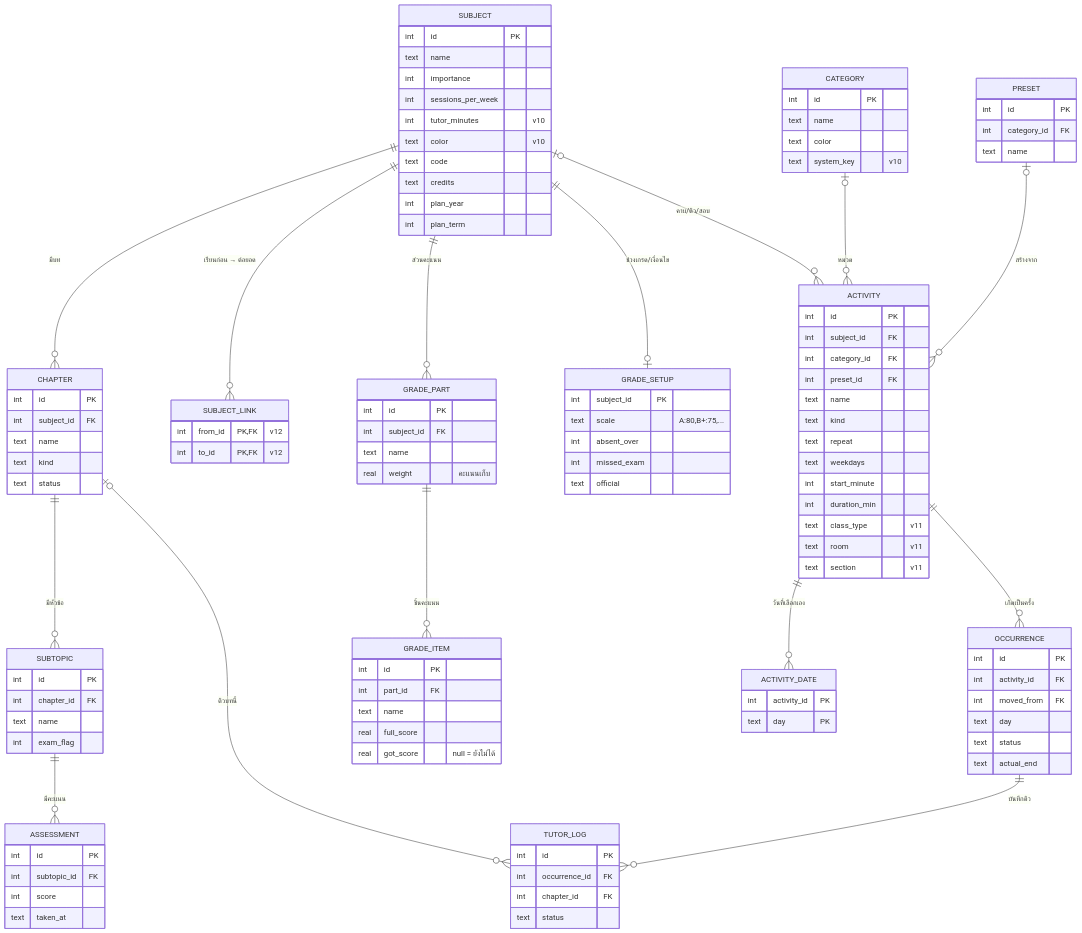
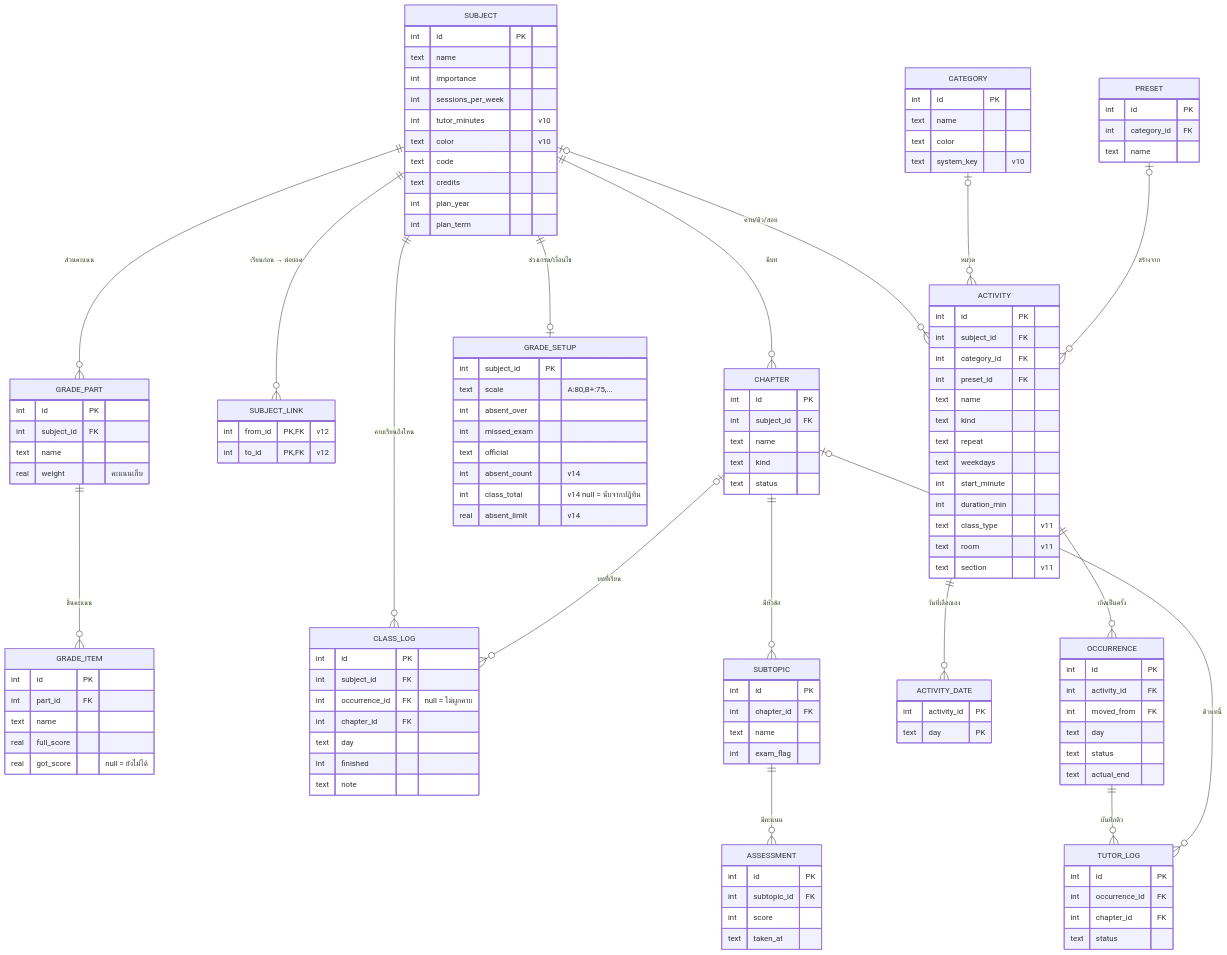
The diagram in docs/diagrams/er.mmd (Blue-sky213/Manager-App), drawn with Mermaid before and after one commit. The commit also changed 17 other files, not shown here.

First line of the commit message:
Absence count, grade feedback, class log per session (schema v14)

```diff
--- a/docs/diagrams/er.mmd
+++ b/docs/diagrams/er.mmd
@@ -1,114 +1,128 @@
 erDiagram
   SUBJECT ||--o{ CHAPTER : "มีบท"
   SUBJECT ||--o{ SUBJECT_LINK : "เรียนก่อน → ต่อยอด"
   SUBJECT ||--o{ GRADE_PART : "ส่วนคะแนน"
   GRADE_PART ||--o{ GRADE_ITEM : "ชิ้นคะแนน"
   SUBJECT ||--o| GRADE_SETUP : "ช่วงเกรด/เงื่อนไข"
+  SUBJECT ||--o{ CLASS_LOG : "คาบเรียนถึงไหน"
+  CHAPTER |o--o{ CLASS_LOG : "บทที่เรียน"
   CHAPTER ||--o{ SUBTOPIC : "มีหัวข้อ"
   SUBTOPIC ||--o{ ASSESSMENT : "มีคะแนน"
   SUBJECT |o--o{ ACTIVITY : "คาบ/ติว/สอบ"
   CATEGORY |o--o{ ACTIVITY : "หมวด"
   PRESET |o--o{ ACTIVITY : "สร้างจาก"
   ACTIVITY ||--o{ ACTIVITY_DATE : "วันที่เลือกเอง"
   ACTIVITY ||--o{ OCCURRENCE : "เกิดเป็นครั้ง"
   OCCURRENCE ||--o{ TUTOR_LOG : "บันทึกติว"
   CHAPTER |o--o{ TUTOR_LOG : "ติวบทนี้"
   SUBJECT {
     int id PK
     text name
     int importance
     int sessions_per_week
     int tutor_minutes "v10"
     text color "v10"
     text code
     text credits
     int plan_year
     int plan_term
   }
   GRADE_PART {
     int id PK
     int subject_id FK
     text name
     real weight "คะแนนเก็บ"
   }
   GRADE_ITEM {
     int id PK
     int part_id FK
     text name
     real full_score
     real got_score "null = ยังไม่ได้"
   }
   GRADE_SETUP {
     int subject_id PK
     text scale "A:80,B+:75,..."
     int absent_over
     int missed_exam
     text official
+    int absent_count "v14"
+    int class_total "v14 null = นับจากปฏิทิน"
+    real absent_limit "v14"
+  }
+  CLASS_LOG {
+    int id PK
+    int subject_id FK
+    int occurrence_id FK "null = ไม่ผูกคาบ"
+    int chapter_id FK
+    text day
+    int finished
+    text note
   }
   SUBJECT_LINK {
     int from_id PK,FK "v12"
     int to_id PK,FK "v12"
   }
   CHAPTER {
     int id PK
     int subject_id FK
     text name
     text kind
     text status
   }
   SUBTOPIC {
     int id PK
     int chapter_id FK
     text name
     int exam_flag
   }
   ASSESSMENT {
     int id PK
     int subtopic_id FK
     int score
     text taken_at
   }
   CATEGORY {
     int id PK
     text name
     text color
     text system_key "v10"
   }
   PRESET {
     int id PK
     int category_id FK
     text name
   }
   ACTIVITY {
     int id PK
     int subject_id FK
     int category_id FK
     int preset_id FK
     text name
     text kind
     text repeat
     text weekdays
     int start_minute
     int duration_min
     text class_type "v11"
     text room "v11"
     text section "v11"
   }
   ACTIVITY_DATE {
     int activity_id PK
     text day PK
   }
   OCCURRENCE {
     int id PK
     int activity_id FK
     int moved_from FK
     text day
     text status
     text actual_end
   }
   TUTOR_LOG {
     int id PK
     int occurrence_id FK
     int chapter_id FK
     text status
   }
```
